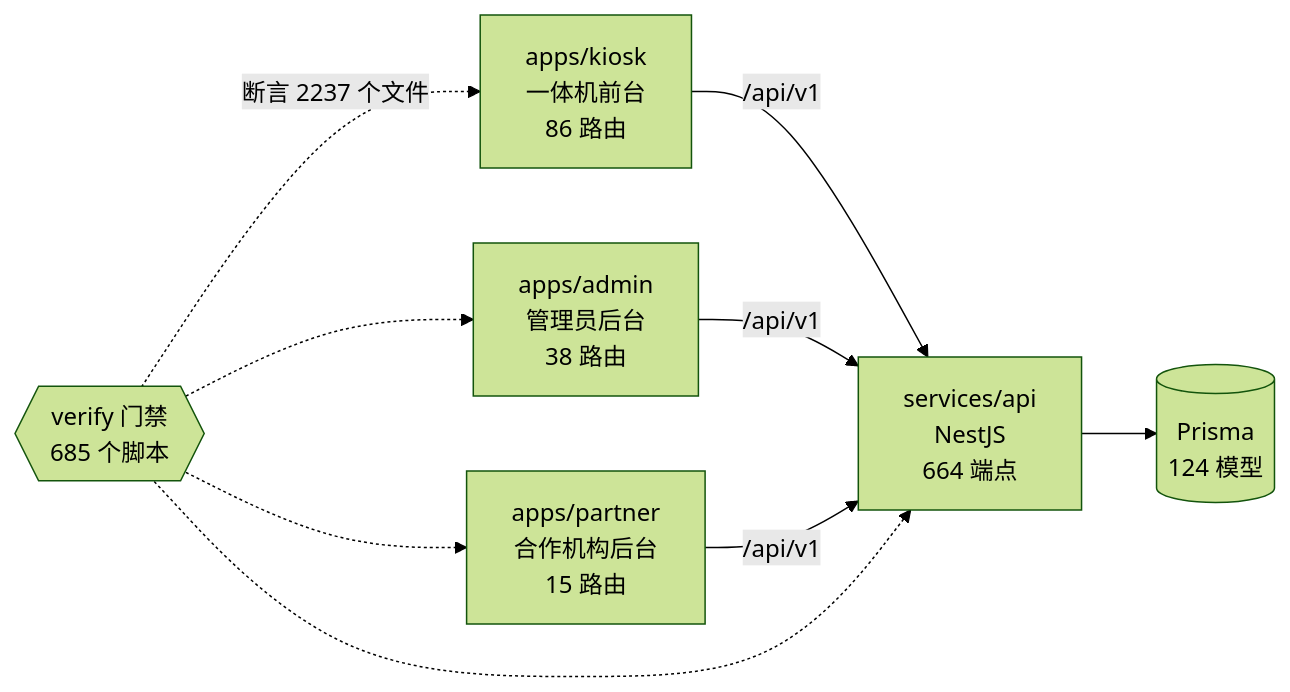
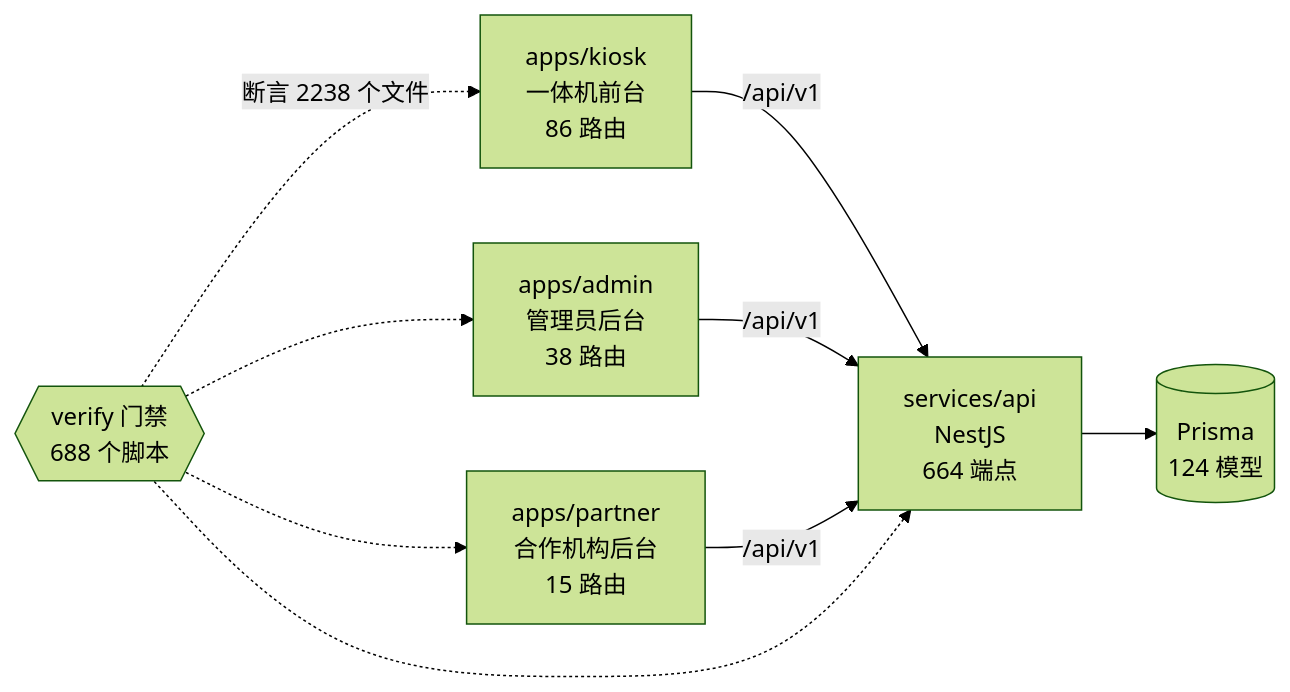
The diagram in docs/graph/README.md (wanglei581/YITIJI), drawn with Mermaid (forest theme) before and after one commit. The commit also changed other lines of this file and 3 other files, not shown here.

First line of the commit message:
docs: 记下 M1434e 的遮盖、墓碑时限和游客登出，重生图谱

````diff
--- a/docs/graph/README.md
+++ b/docs/graph/README.md
@@ -68,18 +68,18 @@
 ```mermaid
 flowchart LR
   kiosk["apps/kiosk<br/>一体机前台<br/>86 路由"]
   admin["apps/admin<br/>管理员后台<br/>38 路由"]
   partner["apps/partner<br/>合作机构后台<br/>15 路由"]
   api["services/api<br/>NestJS<br/>664 端点"]
   db[("Prisma<br/>124 模型")]
-  gates{{"verify 门禁<br/>685 个脚本"}}
+  gates{{"verify 门禁<br/>688 个脚本"}}
 
   kiosk -->|"/api/v1"| api
   admin -->|"/api/v1"| api
   partner -->|"/api/v1"| api
   api --> db
-  gates -.->|"断言 2237 个文件"| kiosk
+  gates -.->|"断言 2238 个文件"| kiosk
   gates -.-> admin
   gates -.-> partner
   gates -.-> api
 ```
````
